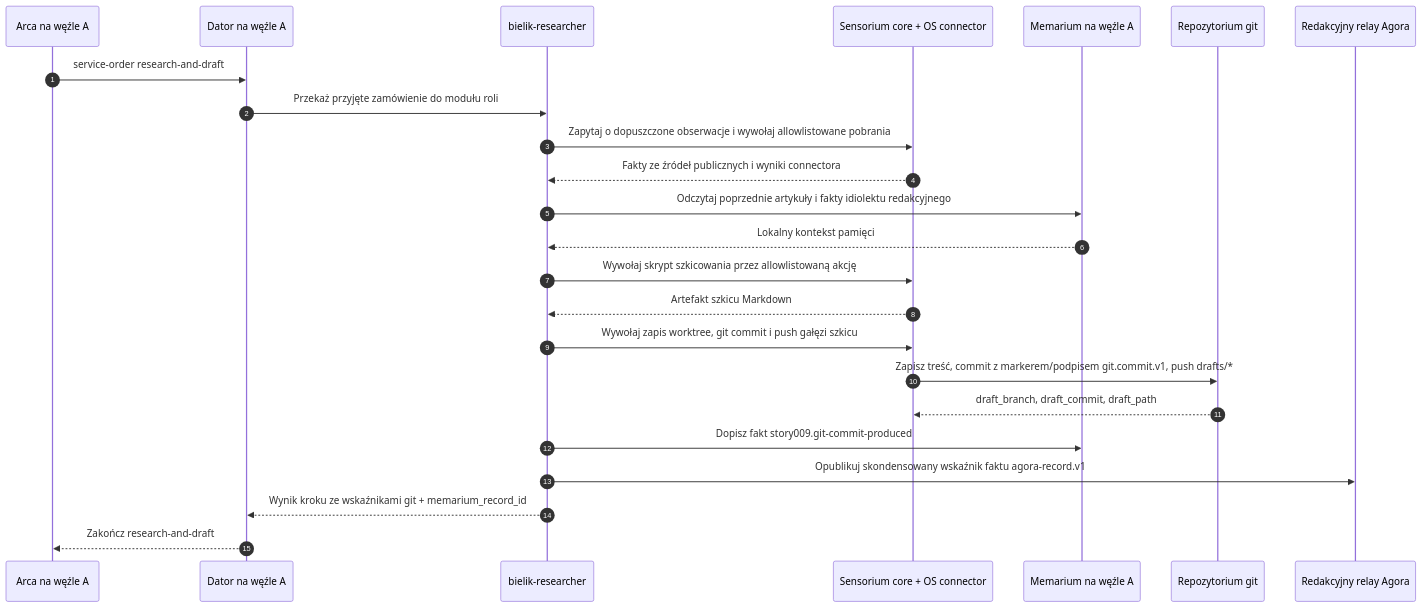
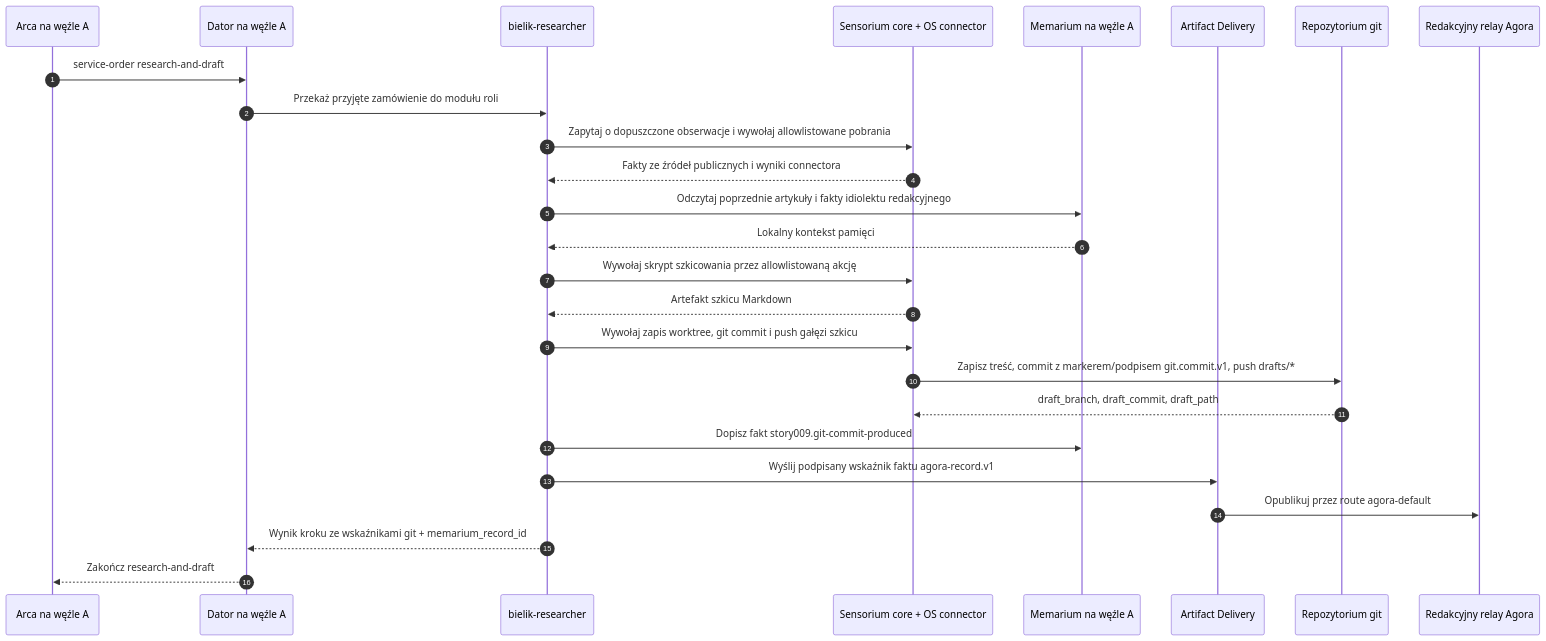
One commit to diapod/orbidocs changed the second of 5 diagrams in doc/project/30-stories/story-009-bielik-blog-arca.pl.md. Above: the diagram before and after it, drawn with Mermaid. The commit also changed other lines of this file and 3 other files, not shown here.

Commit message:
Artifact Delivery / INAC: diagrams updated

````diff
--- a/doc/project/30-stories/story-009-bielik-blog-arca.pl.md
+++ b/doc/project/30-stories/story-009-bielik-blog-arca.pl.md
@@ -1076,27 +1076,29 @@
 ```mermaid
 sequenceDiagram
     autonumber
     participant ArcaA as Arca na węźle A
     participant DatorA as Dator na węźle A
     participant ResearcherA as bielik-researcher
     participant SensoriumA as Sensorium core + OS connector
     participant MemariumA as Memarium na węźle A
+    participant AD as Artifact Delivery
     participant Git as Repozytorium git
     participant AgoraRelay as Redakcyjny relay Agora
 
     ArcaA->>DatorA: service-order research-and-draft
     DatorA->>ResearcherA: Przekaż przyjęte zamówienie do modułu roli
     ResearcherA->>SensoriumA: Zapytaj o dopuszczone obserwacje i wywołaj allowlistowane pobrania
     SensoriumA-->>ResearcherA: Fakty ze źródeł publicznych i wyniki connectora
     ResearcherA->>MemariumA: Odczytaj poprzednie artykuły i fakty idiolektu redakcyjnego
     MemariumA-->>ResearcherA: Lokalny kontekst pamięci
     ResearcherA->>SensoriumA: Wywołaj skrypt szkicowania przez allowlistowaną akcję
     SensoriumA-->>ResearcherA: Artefakt szkicu Markdown
     ResearcherA->>SensoriumA: Wywołaj zapis worktree, git commit i push gałęzi szkicu
     SensoriumA->>Git: Zapisz treść, commit z markerem/podpisem git.commit.v1, push drafts/*
     Git-->>SensoriumA: draft_branch, draft_commit, draft_path
     ResearcherA->>MemariumA: Dopisz fakt story009.git-commit-produced
-    ResearcherA->>AgoraRelay: Opublikuj skondensowany wskaźnik faktu agora-record.v1
+    ResearcherA->>AD: Wyślij podpisany wskaźnik faktu agora-record.v1
+    AD->>AgoraRelay: Opublikuj przez route agora-default
     ResearcherA-->>DatorA: Wynik kroku ze wskaźnikami git + memarium_record_id
     DatorA-->>ArcaA: Zakończ research-and-draft
 ```
````
